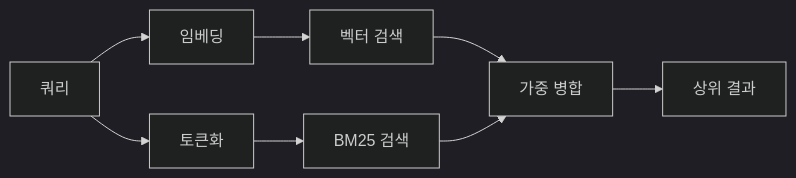
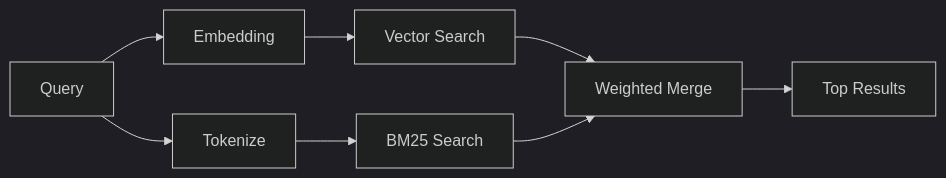
The diagram in docs/ko/concepts/memory-search.md (daichangya/openclaw-docs), drawn with Mermaid (dark theme) before and after one commit. The commit also changed other lines of this file and 58 other files, not shown here.

````diff
--- a/docs/ko/concepts/memory-search.md
+++ b/docs/ko/concepts/memory-search.md
@@ -58,10 +54,10 @@
 ```mermaid
 flowchart LR
-    Q["쿼리"] --> E["임베딩"]
-    Q --> T["토큰화"]
-    E --> VS["벡터 검색"]
-    T --> BM["BM25 검색"]
-    VS --> M["가중 병합"]
+    Q["Query"] --> E["Embedding"]
+    Q --> T["Tokenize"]
+    E --> VS["Vector Search"]
+    T --> BM["BM25 Search"]
+    VS --> M["Weighted Merge"]
     BM --> M
-    M --> R["상위 결과"]
+    M --> R["Top Results"]
 ```
````
